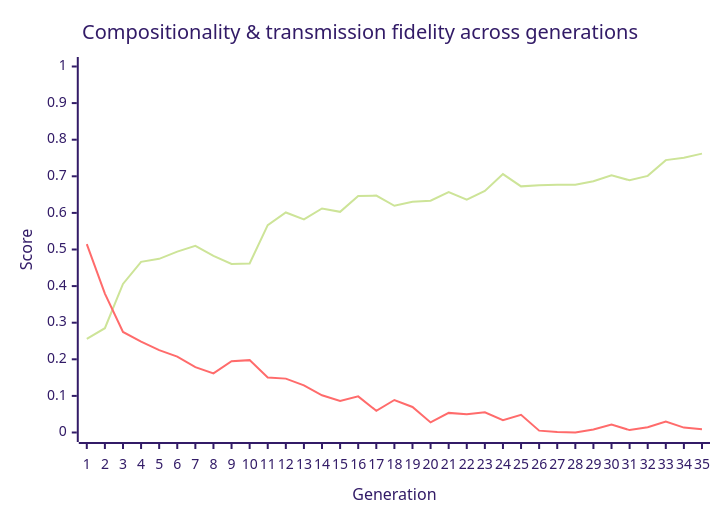
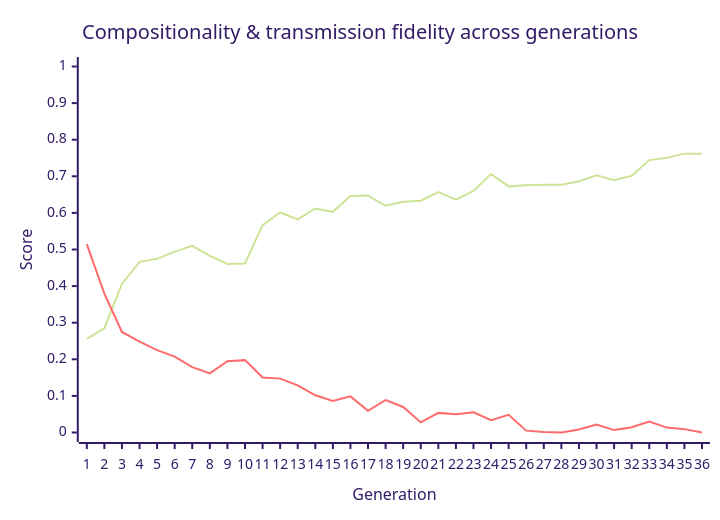
Before and after one commit to nichobbs/traditio: the diagram in metrics/latest-report.md, drawn with Mermaid (forest theme). The commit also changed other lines of this file and 1 other file, not shown here.

````diff
--- a/metrics/latest-report.md
+++ b/metrics/latest-report.md
@@ -40,8 +40,8 @@
 ```mermaid
 xychart-beta
     title "Compositionality & transmission fidelity across generations"
-    x-axis "Generation" [1, 2, 3, 4, 5, 6, 7, 8, 9, 10, 11, 12, 13, 14, 15, 16, 17, 18, 19, 20, 21, 22, 23, 24, 25, 26, 27, 28, 29, 30, 31, 32, 33, 34, 35]
+    x-axis "Generation" [1, 2, 3, 4, 5, 6, 7, 8, 9, 10, 11, 12, 13, 14, 15, 16, 17, 18, 19, 20, 21, 22, 23, 24, 25, 26, 27, 28, 29, 30, 31, 32, 33, 34, 35, 36]
     y-axis "Score" 0 --> 1
-    line "Compositionality" [0.2559, 0.2849, 0.4060, 0.4663, 0.4745, 0.4941, 0.5099, 0.4826, 0.4603, 0.4619, 0.5665, 0.6011, 0.5822, 0.6121, 0.6029, 0.6464, 0.6473, 0.6195, 0.6304, 0.6332, 0.6566, 0.6361, 0.6598, 0.7061, 0.6725, 0.6757, 0.6767, 0.6767, 0.6863, 0.7028, 0.6890, 0.7012, 0.7442, 0.7505, 0.7619]
-    line "Transmission Fidelity" [0.5148, 0.3796, 0.2746, 0.2481, 0.2251, 0.2074, 0.1785, 0.1615, 0.1949, 0.1977, 0.1504, 0.1472, 0.1286, 0.1016, 0.0861, 0.0987, 0.0594, 0.0888, 0.0697, 0.0276, 0.0536, 0.0500, 0.0553, 0.0339, 0.0483, 0.0051, 0.0012, 0.0000, 0.0083, 0.0219, 0.0066, 0.0142, 0.0301, 0.0134, 0.0092]
+    line "Compositionality" [0.2559, 0.2849, 0.4060, 0.4663, 0.4745, 0.4941, 0.5099, 0.4826, 0.4603, 0.4619, 0.5665, 0.6011, 0.5822, 0.6121, 0.6029, 0.6464, 0.6473, 0.6195, 0.6304, 0.6332, 0.6566, 0.6361, 0.6598, 0.7061, 0.6725, 0.6757, 0.6767, 0.6767, 0.6863, 0.7028, 0.6890, 0.7012, 0.7442, 0.7505, 0.7619, 0.7619]
+    line "Transmission Fidelity" [0.5148, 0.3796, 0.2746, 0.2481, 0.2251, 0.2074, 0.1785, 0.1615, 0.1949, 0.1977, 0.1504, 0.1472, 0.1286, 0.1016, 0.0861, 0.0987, 0.0594, 0.0888, 0.0697, 0.0276, 0.0536, 0.0500, 0.0553, 0.0339, 0.0483, 0.0051, 0.0012, 0.0000, 0.0083, 0.0219, 0.0066, 0.0142, 0.0301, 0.0134, 0.0092, 0.0000]
 ```
````
